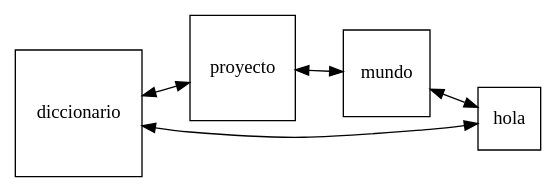
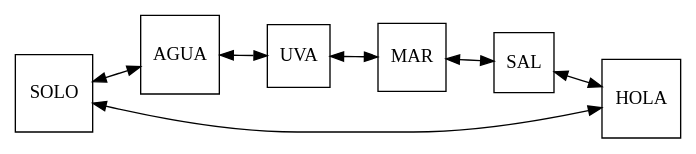
The diagram in Diccionario.dot (AhiezerRamirez/EDD_1S2020_PY1_201709062), drawn with Graphviz before and after one commit. The commit also changed 15 other files, not shown here.

```diff
--- a/Diccionario.dot
+++ b/Diccionario.dot
@@ -1,8 +1,10 @@
 digraph G {
  node [shape = square]; 
  graph [rankdir=LR];
-diccionario -> proyecto[ dir=both];
-proyecto -> mundo[ dir=both];
-mundo -> hola[ dir=both];
-hola -> diccionario[ dir=both];
+SOLO -> AGUA[ dir=both];
+AGUA -> UVA[ dir=both];
+UVA -> MAR[ dir=both];
+MAR -> SAL[ dir=both];
+SAL -> HOLA[ dir=both];
+HOLA -> SOLO[ dir=both];
  }
```
